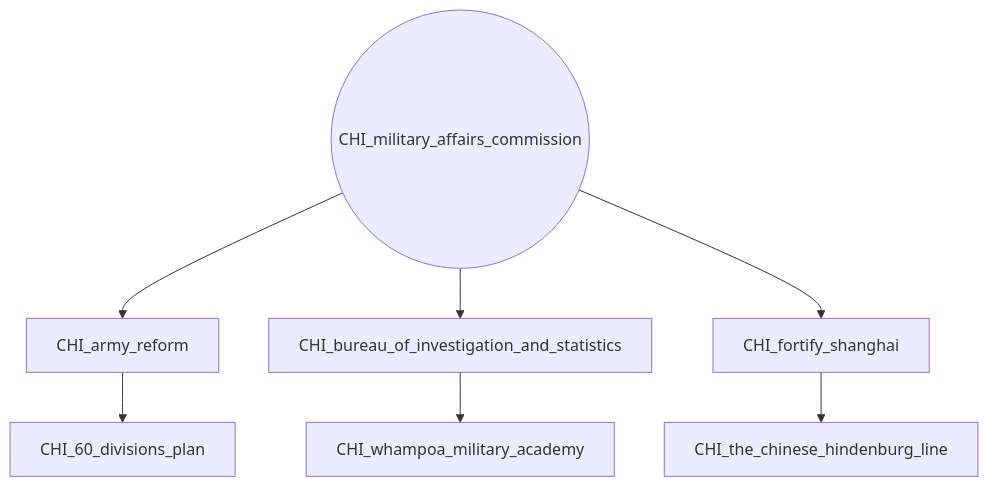
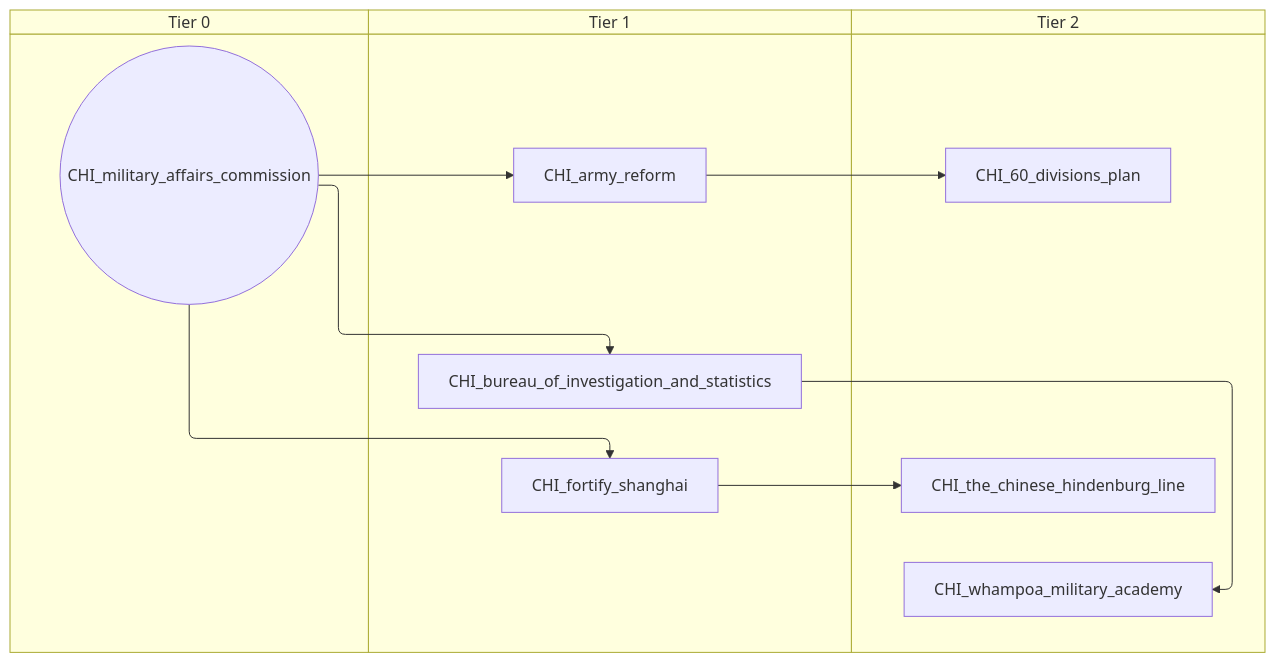
Before and after one commit to evgeny-sobol/hoi4-sandbox-mode: the first of 3 diagrams in docs/gdd/National Focuses/china_nationalist.md, drawn with Mermaid. The commit also changed other lines of this file and 80 other files, not shown here.

First line of the commit message:
Add swimlane mode to focus graph exporter

````diff
--- a/docs/gdd/National Focuses/china_nationalist.md
+++ b/docs/gdd/National Focuses/china_nationalist.md
@@ -3,16 +3,22 @@
 ```mermaid
-flowchart TD
-    n1["CHI_60_divisions_plan"]
-    n2["CHI_army_reform"]
-    n3["CHI_bureau_of_investigation_and_statistics"]
-    n4["CHI_fortify_shanghai"]
-    n5(("CHI_military_affairs_commission"))
-    n6["CHI_the_chinese_hindenburg_line"]
-    n7["CHI_whampoa_military_academy"]
-    n2 --> n1
-    n5 --> n2
-    n5 --> n3
-    n5 --> n4
+swimlane-beta TD
+    subgraph tier_0["Tier 0"]
+        n1(("CHI_military_affairs_commission"))
+    end
+    subgraph tier_1["Tier 1"]
+        n2["CHI_army_reform"]
+        n3["CHI_bureau_of_investigation_and_statistics"]
+        n4["CHI_fortify_shanghai"]
+    end
+    subgraph tier_2["Tier 2"]
+        n5["CHI_60_divisions_plan"]
+        n6["CHI_the_chinese_hindenburg_line"]
+        n7["CHI_whampoa_military_academy"]
+    end
+    n2 --> n5
+    n1 --> n2
+    n1 --> n3
+    n1 --> n4
     n4 --> n6
     n3 --> n7
 ```
````
